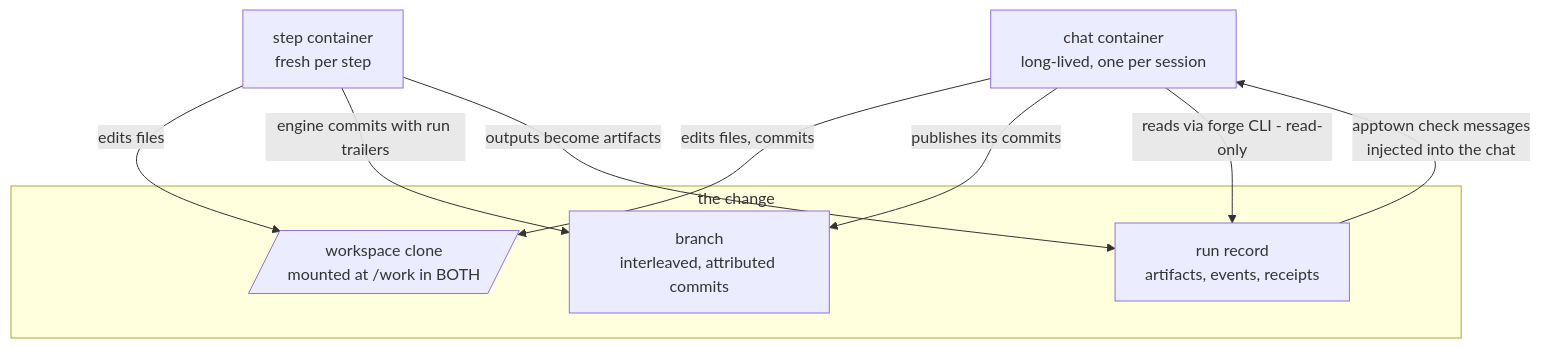
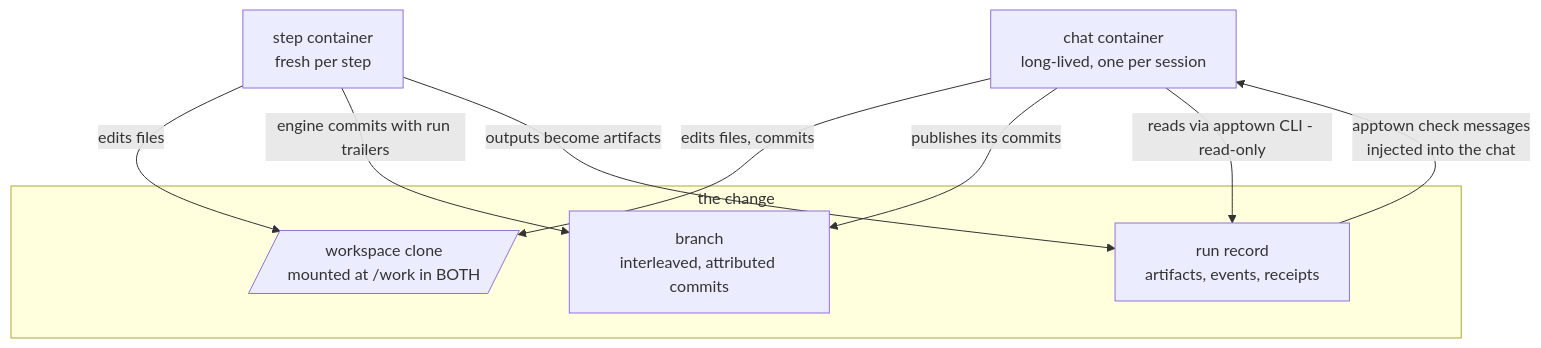
The fifth of 14 diagrams in stock/docs/guides/architecture.md (flokkit/apptown), drawn with Mermaid before and after one commit. The commit also changed other lines of this file and 152 other files, not shown here.

````diff
--- a/stock/docs/guides/architecture.md
+++ b/stock/docs/guides/architecture.md
@@ -246,17 +246,17 @@
 ```mermaid
 flowchart TD
     CC[chat container<br/>long-lived, one per session]
     SC[step container<br/>fresh per step]
     subgraph change["the change"]
         WS[/workspace clone<br/>mounted at /work in BOTH/]
         BR[branch<br/>interleaved, attributed commits]
         REC[run record<br/>artifacts, events, receipts]
     end
     CC -->|edits files, commits| WS
     SC -->|edits files| WS
     CC -->|publishes its commits| BR
     SC -->|engine commits with run trailers| BR
     SC -->|outputs become artifacts| REC
-    CC -->|reads via forge CLI - read-only| REC
+    CC -->|reads via apptown CLI - read-only| REC
     REC -->|apptown check messages<br/>injected into the chat| CC
 ```
````
